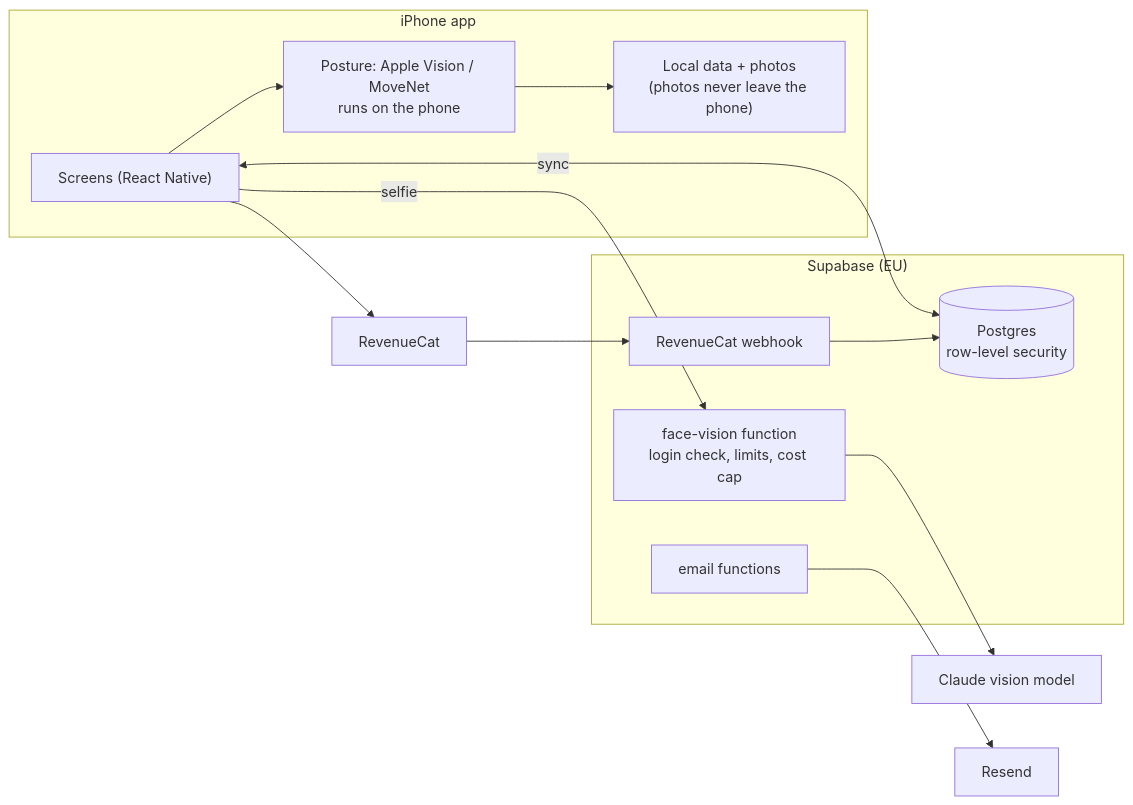
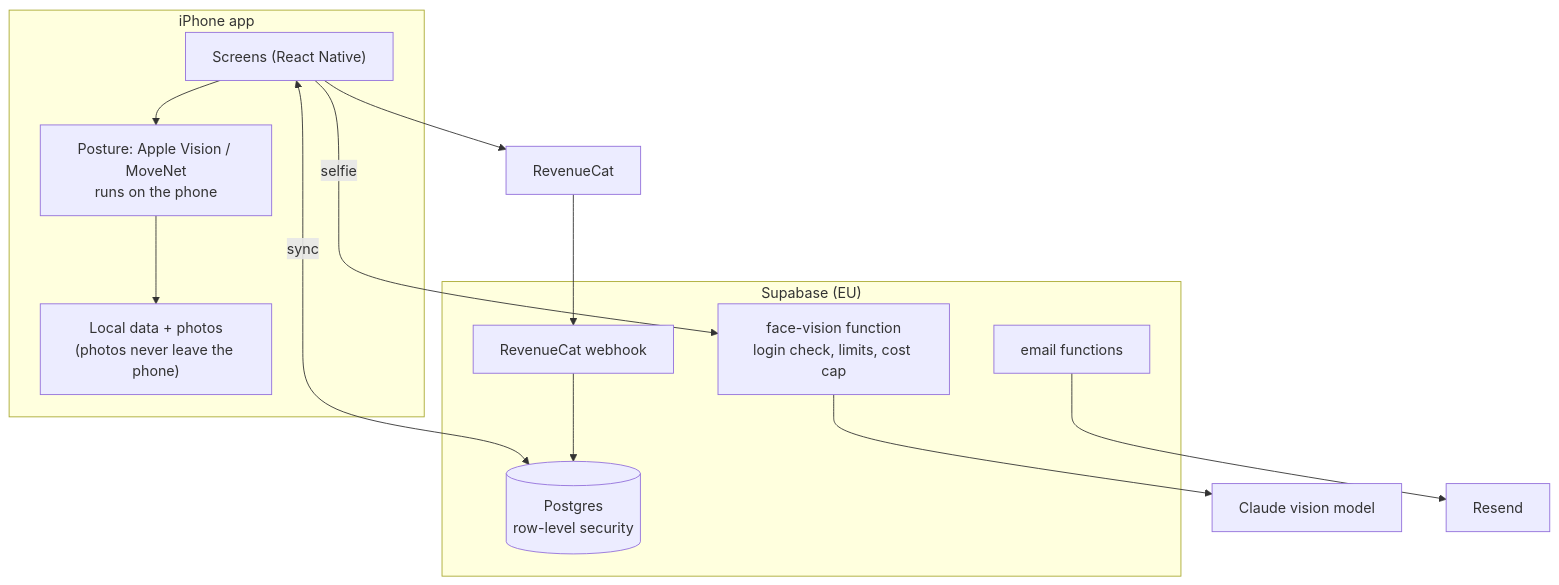
The diagram in README.md (visionas9/aswell-showcase), drawn with Mermaid before and after one commit.

Commit message:
README: taller diagram so it reads on narrow screens

````diff
--- a/README.md
+++ b/README.md
@@ -55,25 +55,25 @@
 ```mermaid
-flowchart LR
+flowchart TB
   subgraph Phone["iPhone app"]
     UI["Screens (React Native)"]
     Pose["Posture: Apple Vision / MoveNet<br/>runs on the phone"]
     Store["Local data + photos<br/>(photos never leave the phone)"]
   end
 
   subgraph Supabase["Supabase (EU)"]
     Face["face-vision function<br/>login check, limits, cost cap"]
     DB[("Postgres<br/>row-level security")]
     Mail["email functions"]
     Hook["RevenueCat webhook"]
   end
 
   AI["Claude vision model"]
   RC["RevenueCat"]
   Resend["Resend"]
 
   UI --> Pose --> Store
   UI -- "selfie" --> Face --> AI
   UI <-- "sync" --> DB
   UI --> RC --> Hook --> DB
   Mail --> Resend
 ```
````
